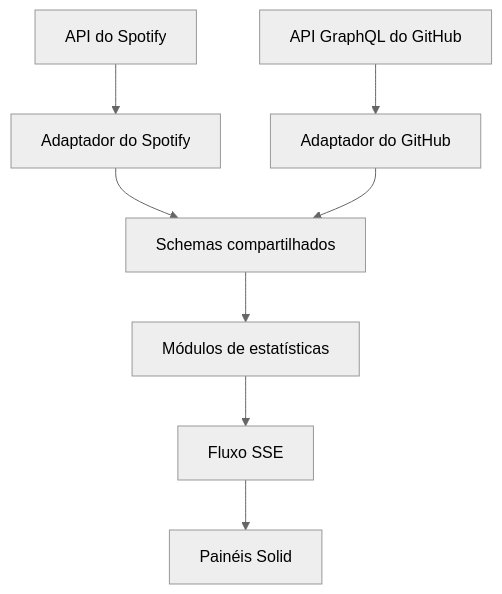
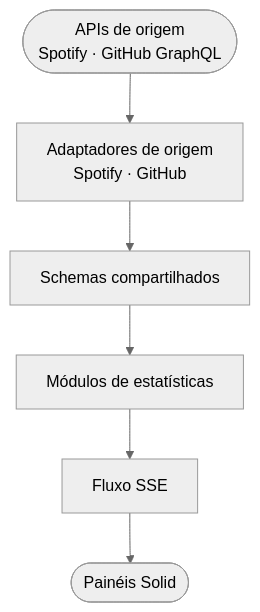
The first of 2 diagrams in web/content/blog/personal-telemetry-from-spotify-and-github.pt-BR.mdx (ErickCReis/ErickCReis), drawn with Mermaid (neutral theme) before and after one commit. The commit also changed other lines of this file and 23 other files, not shown here.

Commit message:
Polish Mermaid diagrams across blog posts

````diff
--- a/web/content/blog/personal-telemetry-from-spotify-and-github.pt-BR.mdx
+++ b/web/content/blog/personal-telemetry-from-spotify-and-github.pt-BR.mdx
@@ -12,10 +12,8 @@
 ```mermaid center
 flowchart TB
-  SpotifyAPI["API do Spotify"] --> SpotifyAdapter["Adaptador do Spotify"]
-  GitHubAPI["API GraphQL do GitHub"] --> GitHubAdapter["Adaptador do GitHub"]
-  SpotifyAdapter --> Schemas["Schemas compartilhados"]
-  GitHubAdapter --> Schemas
+  APIs(["APIs de origem<br/>Spotify · GitHub GraphQL"]) --> Adapters["Adaptadores de origem<br/>Spotify · GitHub"]
+  Adapters --> Schemas["Schemas compartilhados"]
   Schemas --> Modules["Módulos de estatísticas"]
   Modules --> Stream["Fluxo SSE"]
-  Stream --> Panels["Painéis Solid"]
+  Stream --> Panels(["Painéis Solid"])
 ```
````
